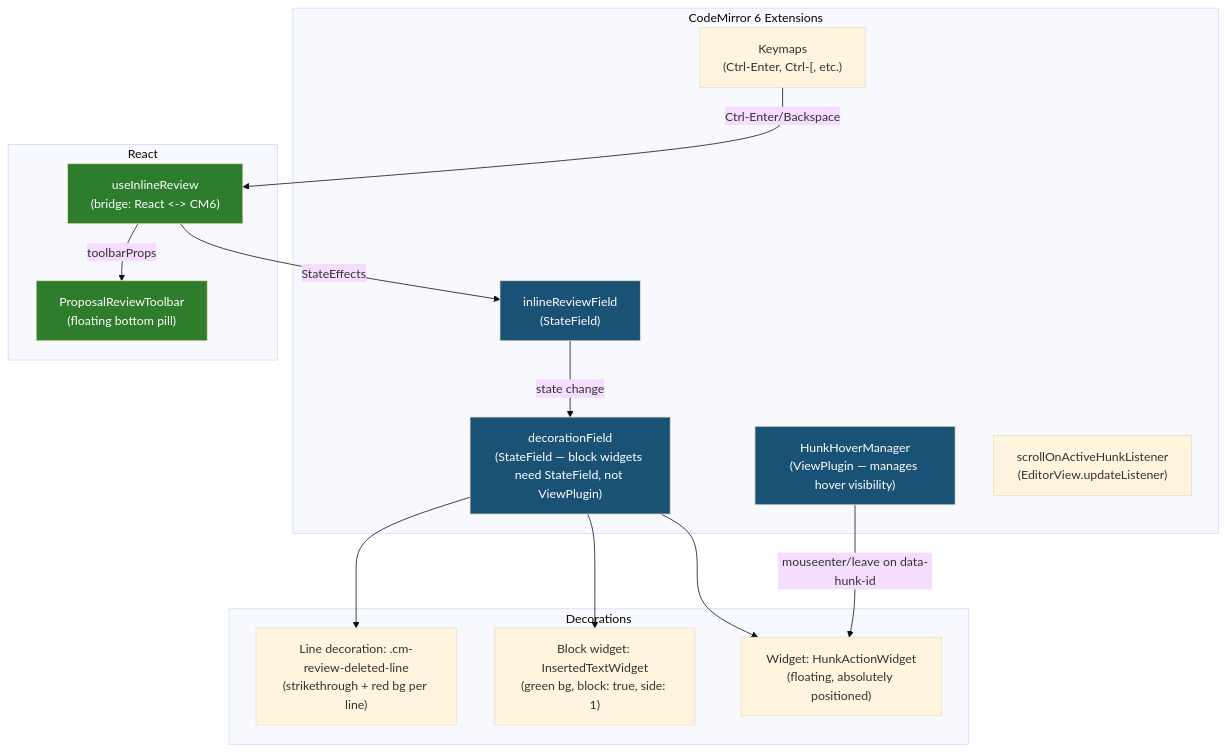
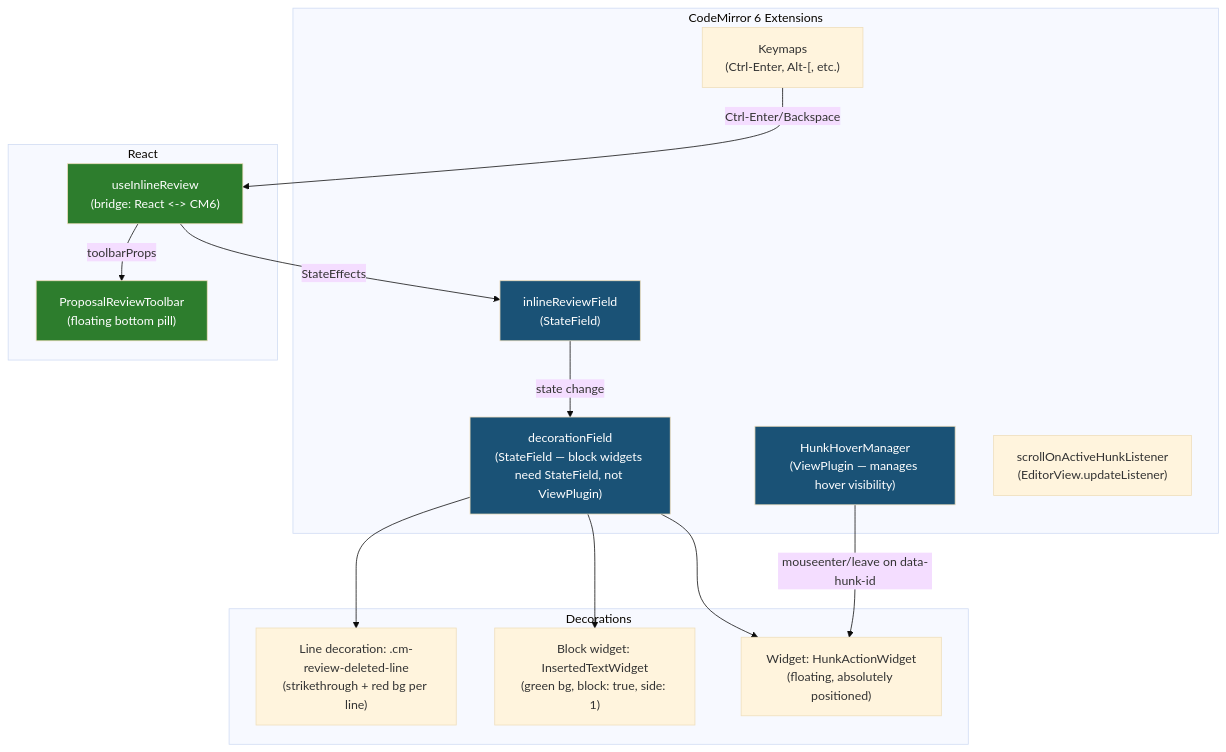
One commit to haowjy/meridian-flow changed the third of 5 diagrams in _docs/designs/inline-review-v2.md. Above: the diagram before and after it, drawn with Mermaid (base theme). The commit also changed other lines of this file and 3 other files, not shown here.

````diff
--- a/_docs/designs/inline-review-v2.md
+++ b/_docs/designs/inline-review-v2.md
@@ -122,36 +122,36 @@
 ```mermaid
 flowchart TD
     subgraph CM6["CodeMirror 6 Extensions"]
         SF["inlineReviewField\n(StateField)"]
         DF["decorationField\n(StateField — block widgets need StateField, not ViewPlugin)"]
         HM["HunkHoverManager\n(ViewPlugin — manages hover visibility)"]
-        KM["Keymaps\n(Ctrl-Enter, Ctrl-[, etc.)"]
+        KM["Keymaps\n(Ctrl-Enter, Alt-[, etc.)"]
         SL["scrollOnActiveHunkListener\n(EditorView.updateListener)"]
     end
 
     subgraph Decorations
         DEL["Line decoration: .cm-review-deleted-line\n(strikethrough + red bg per line)"]
         INS["Block widget: InsertedTextWidget\n(green bg, block: true, side: 1)"]
         ACT["Widget: HunkActionWidget\n(floating, absolutely positioned)"]
     end
 
     subgraph React
         TB["ProposalReviewToolbar\n(floating bottom pill)"]
         HOOK["useInlineReview\n(bridge: React <-> CM6)"]
     end
 
     SF -->|"state change"| DF
     DF --> DEL
     DF --> INS
     DF --> ACT
     HM -->|"mouseenter/leave on data-hunk-id"| ACT
     HOOK -->|"StateEffects"| SF
     HOOK -->|"toolbarProps"| TB
     KM -->|"Ctrl-Enter/Backspace"| HOOK
 
     style SF fill:#1a5276,color:#fff
     style DF fill:#1a5276,color:#fff
     style HM fill:#1a5276,color:#fff
     style TB fill:#2d7d2d,color:#fff
     style HOOK fill:#2d7d2d,color:#fff
 ```
````
